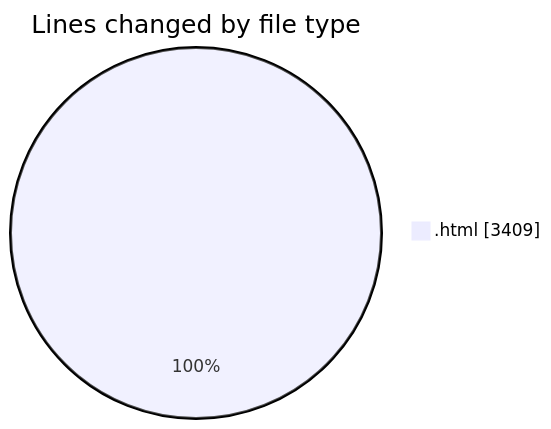
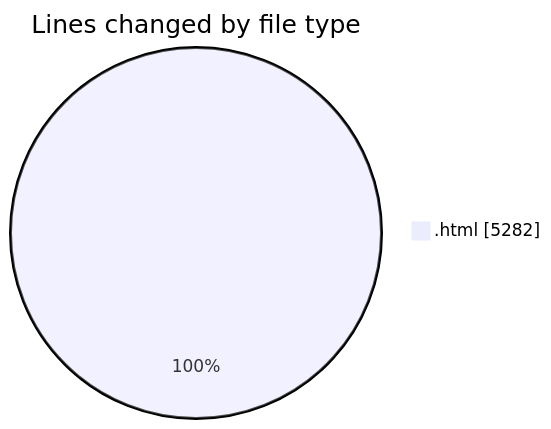
Before and after one commit to Ritupan-Deka/code-tracking: the first of 2 diagrams in 2025-06-17/projects/README.md, drawn with Mermaid. The commit also changed other lines of this file and 1 other file, not shown here.

````diff
--- a/2025-06-17/projects/README.md
+++ b/2025-06-17/projects/README.md
@@ -21,5 +21,5 @@
 ```mermaid
 pie showData
 title Lines changed by file type
-".html" : 3409
+".html" : 5282
 ```
````
